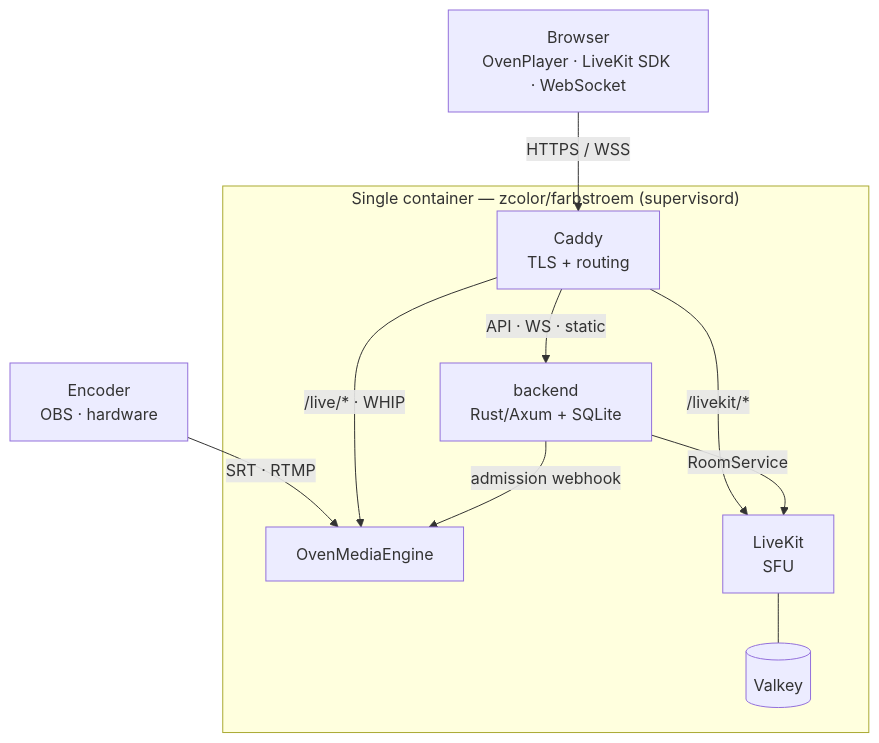
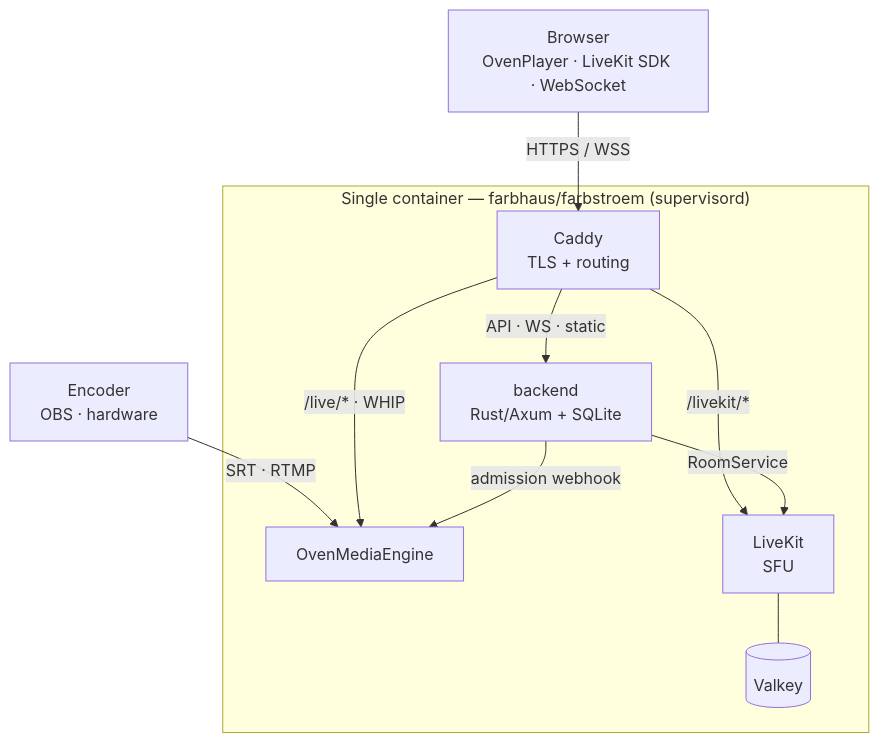
Before and after one commit to farbhaus/Farbstroem: the diagram in README.md, drawn with Mermaid. The commit also changed other lines of this file and 9 other files, not shown here.

````diff
--- a/README.md
+++ b/README.md
@@ -7,24 +7,24 @@
 ```mermaid
 flowchart TB
     Encoder["Encoder<br/>OBS · hardware"]
     Browser["Browser<br/>OvenPlayer · LiveKit SDK · WebSocket"]
 
-    subgraph host["Single container — zcolor/farbstroem (supervisord)"]
+    subgraph host["Single container — farbhaus/farbstroem (supervisord)"]
         Caddy["Caddy<br/>TLS + routing"]
         Backend["backend<br/>Rust/Axum + SQLite"]
         OME["OvenMediaEngine"]
         LK["LiveKit<br/>SFU"]
         Valkey[("Valkey")]
     end
 
     Encoder -->|"SRT · RTMP"| OME
     Browser -->|HTTPS / WSS| Caddy
 
     Caddy -->|"/live/* · WHIP"| OME
     Caddy -->|"/livekit/*"| LK
     Caddy -->|"API · WS · static"| Backend
 
     Backend -->|RoomService| LK
     Backend -->|admission webhook| OME
     LK --- Valkey
 ```
````
